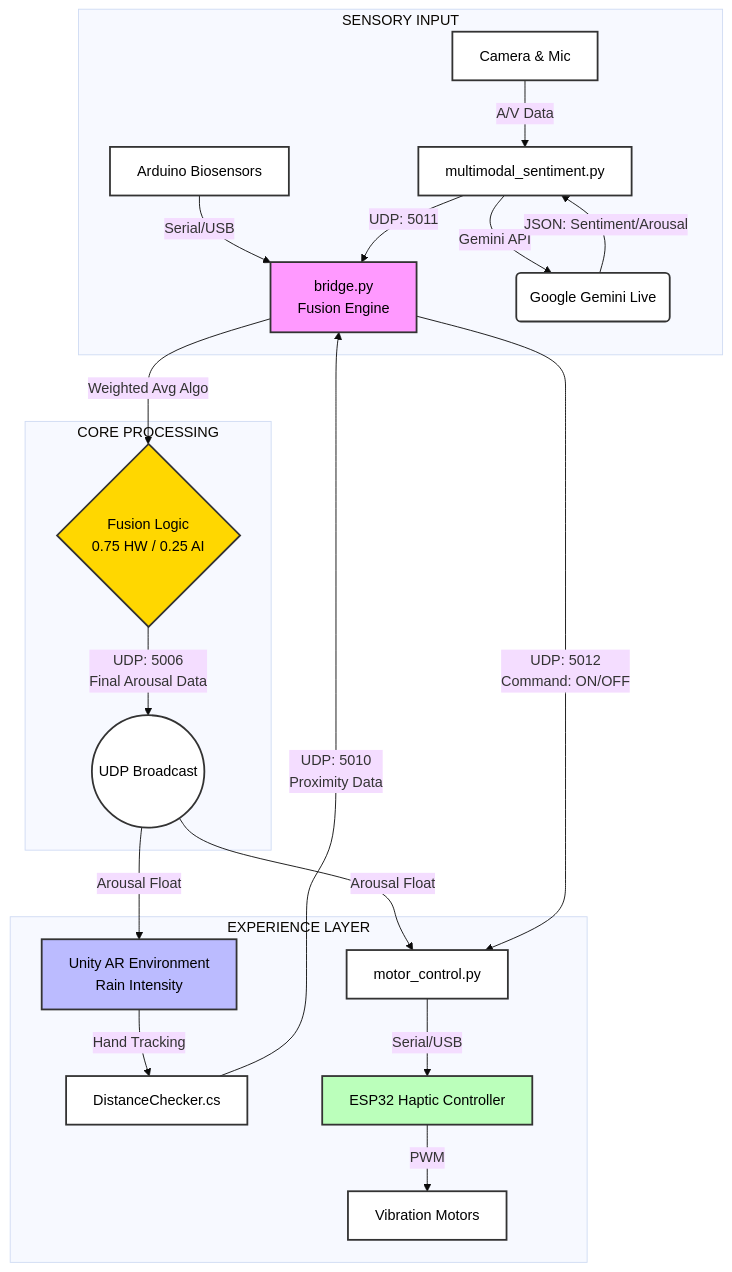
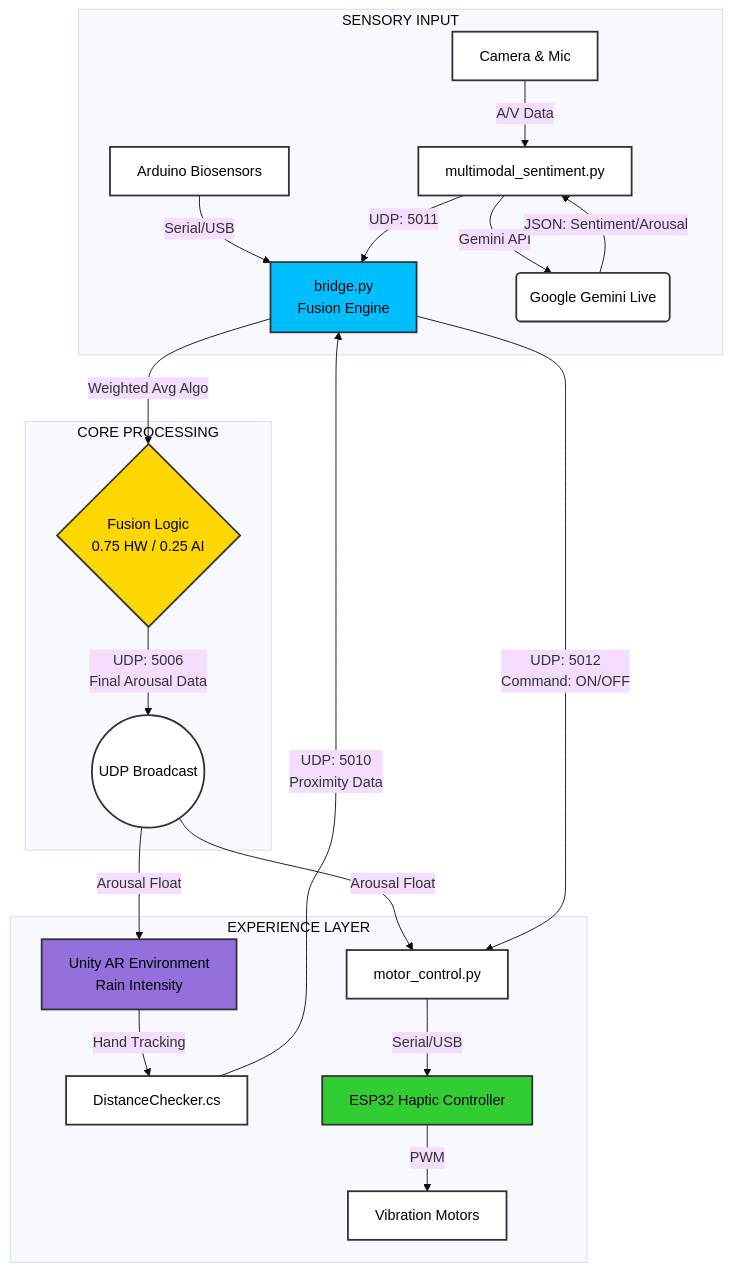
One commit to danielkaijzer/Rain-With-Me changed the diagram in README.md. Above: the diagram before and after it, drawn with Mermaid (base theme). The commit also changed other lines of this file, not shown here.

````diff
--- a/README.md
+++ b/README.md
@@ -45,41 +47,37 @@
 ```mermaid
 graph TD
     subgraph "SENSORY INPUT"
         Bio[Arduino Biosensors] -->|Serial/USB| Bridge[bridge.py<br/>Fusion Engine]
         Cam[Camera & Mic] -->|A/V Data| Multi[multimodal_sentiment.py]
         Multi -->|Gemini API| Cloud(Google Gemini Live)
         Cloud -->|JSON: Sentiment/Arousal| Multi
         Multi -->|UDP: 5011| Bridge
     end
 
     subgraph "CORE PROCESSING"
         Bridge -->|Weighted Avg Algo| Fusion{Fusion Logic<br/>0.75 HW / 0.25 AI}
         Fusion -->|UDP: 5006<br/>Final Arousal Data| Broadcaster((UDP Broadcast))
     end
 
     subgraph "EXPERIENCE LAYER"
         Broadcaster -->|Arousal Float| Unity[Unity AR Environment<br/>Rain Intensity]
         Broadcaster -->|Arousal Float| MotorPy[motor_control.py]
         
         Unity --Hand Tracking--> Distance[DistanceChecker.cs]
         Distance -->|UDP: 5010<br/>Proximity Data| Bridge
         
         Bridge -->|UDP: 5012<br/>Command: ON/OFF| MotorPy
         MotorPy -->|Serial/USB| ESP32[ESP32 Haptic Controller]
         ESP32 -->|PWM| Haptic[Vibration Motors]
     end
     
     %% New high-contrast color palette for better readability
     style Bridge fill:#00BFFF,stroke:#333,stroke-width:2px,color:black
     style Unity fill:#9370DB,stroke:#333,stroke-width:2px,color:black
     style ESP32 fill:#32CD32,stroke:#333,stroke-width:2px,color:black
     style Fusion fill:#FFD700,stroke:#333,stroke-width:2px,color:black
     
     %% Style for all other standard nodes to be white with black text
     classDef defaultNode fill:#FFFFFF,stroke:#333,stroke-width:2px,color:black;
     class Bio,Cam,Multi,Cloud,Broadcaster,MotorPy,Distance,Haptic defaultNode;
-    
-    style Bridge fill:#f9f,stroke:#333,stroke-width:2px
-    style Unity fill:#bbf,stroke:#333,stroke-width:2px
-    style ESP32 fill:#bfb,stroke:#333,stroke-width:2px
 ```
````
